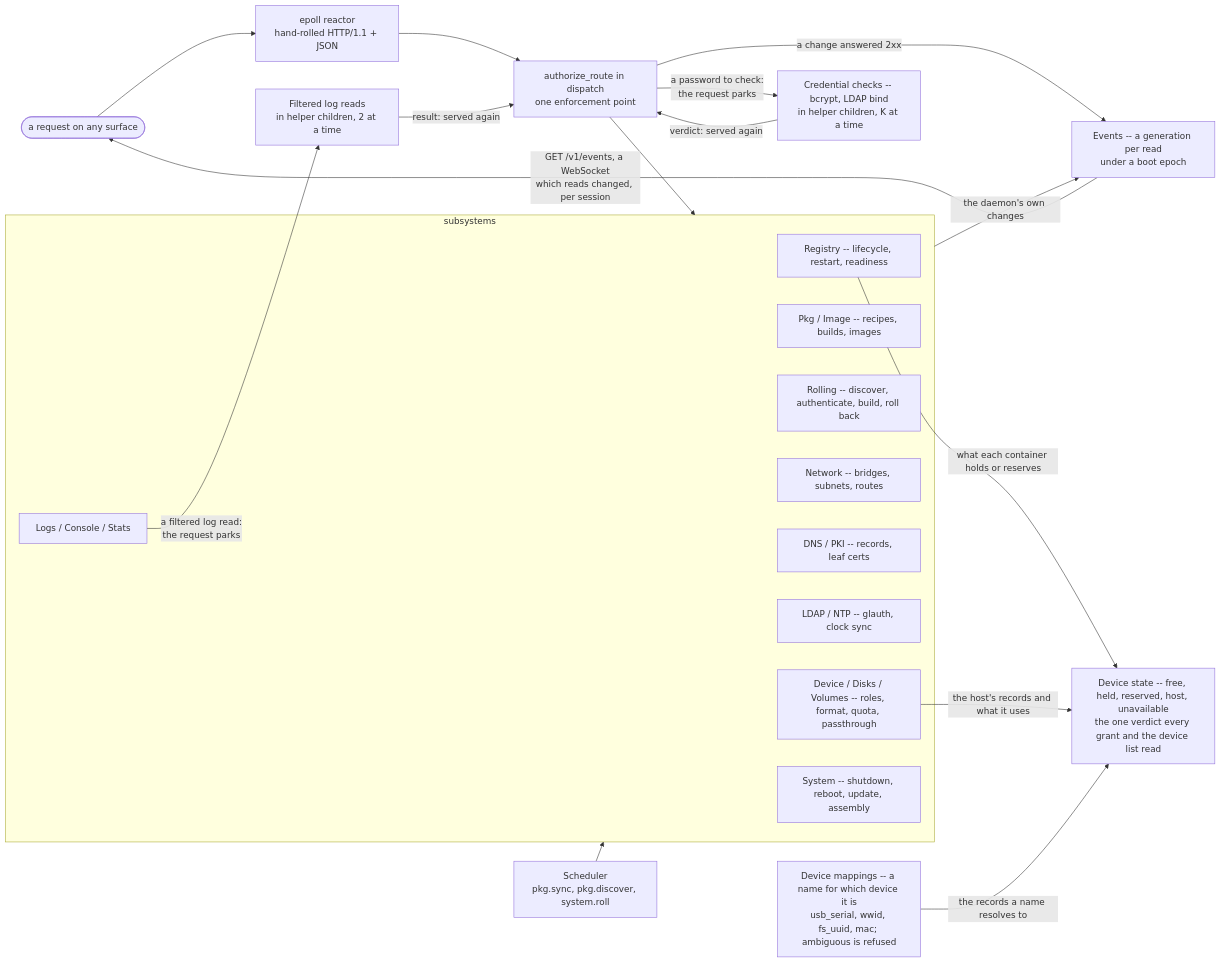
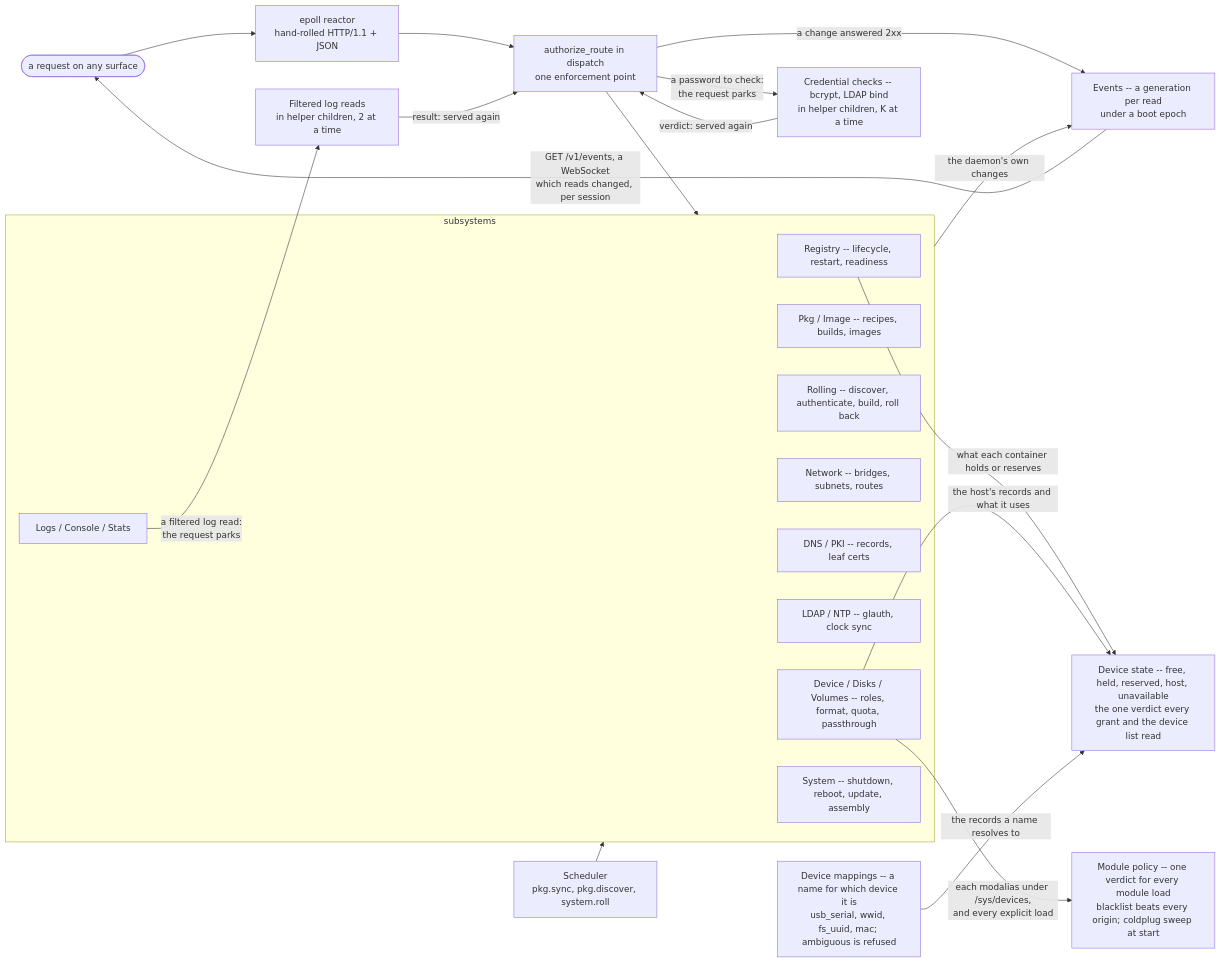
The second of 6 diagrams in docs/architecture/architecture.md (The-Cix-Project/cix), drawn with Mermaid before and after one commit. The commit also changed 20 other files, not shown here.

First line of the commit message:
ADR-0348 release one: one policy decides every module load, and a coldplug sweep at start (#143)

````diff
--- a/docs/architecture/architecture.md
+++ b/docs/architecture/architecture.md
@@ -41,31 +41,33 @@
 ```mermaid
 flowchart LR
     req(["a request on any surface"]) --> reactor
     reactor["epoll reactor<br/>hand-rolled HTTP/1.1 + JSON"] --> rbac
     rbac -- "a password to check:<br/>the request parks" --> credcheck
     credcheck["Credential checks -- bcrypt, LDAP bind<br/>in helper children, K at a time"] -- "verdict: served again" --> rbac
     rbac["authorize_route in dispatch<br/>one enforcement point"] --> subsys
     sched["Scheduler<br/>pkg.sync, pkg.discover, system.roll"] --> subsys
     rbac -- "a change answered 2xx" --> events
     subsys -- "the daemon's own changes" --> events
     events["Events -- a generation per read<br/>under a boot epoch"]
     events -- "GET /v1/events, a WebSocket<br/>which reads changed, per session" --> req
 
     subgraph subsys["subsystems"]
         registry["Registry -- lifecycle, restart, readiness"]
         pkgimg["Pkg / Image -- recipes, builds, images"]
         rolling["Rolling -- discover, authenticate, build, roll back"]
         network["Network -- bridges, subnets, routes"]
         dnspki["DNS / PKI -- records, leaf certs"]
         ldapntp["LDAP / NTP -- glauth, clock sync"]
         devdisk["Device / Disks / Volumes -- roles, format, quota, passthrough"]
         system["System -- shutdown, reboot, update, assembly"]
         logs["Logs / Console / Stats"]
     end
     registry -- "what each container holds or reserves" --> devstate
     devdisk -- "the host's records and what it uses" --> devstate
     devstate["Device state -- free, held, reserved, host, unavailable<br/>the one verdict every grant and the device list read"]
     devmatch["Device mappings -- a name for which device it is<br/>usb_serial, wwid, fs_uuid, mac; ambiguous is refused"] -- "the records a name resolves to" --> devstate
+    kmodpolicy["Module policy -- one verdict for every module load<br/>blacklist beats every origin; coldplug sweep at start"]
+    devdisk -- "each modalias under /sys/devices,<br/>and every explicit load" --> kmodpolicy
     logs -- "a filtered log read:<br/>the request parks" --> logread
     logread["Filtered log reads<br/>in helper children, 2 at a time"] -- "result: served again" --> rbac
 ```
````
